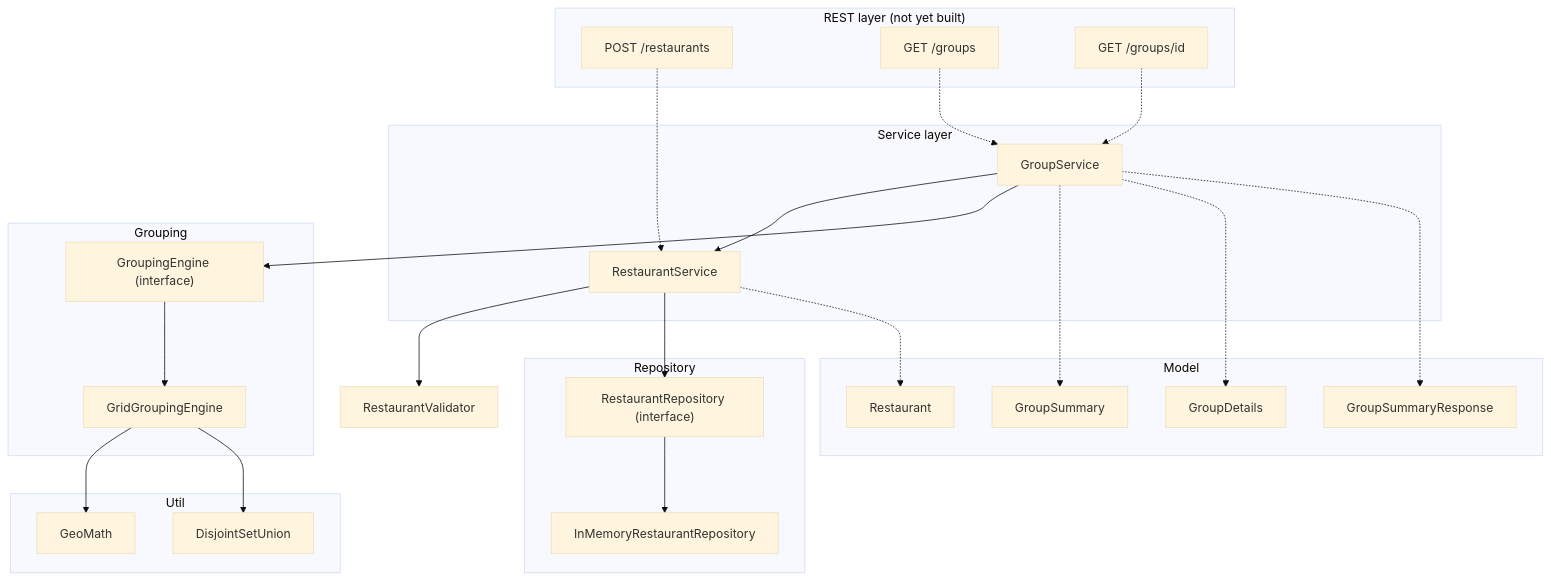
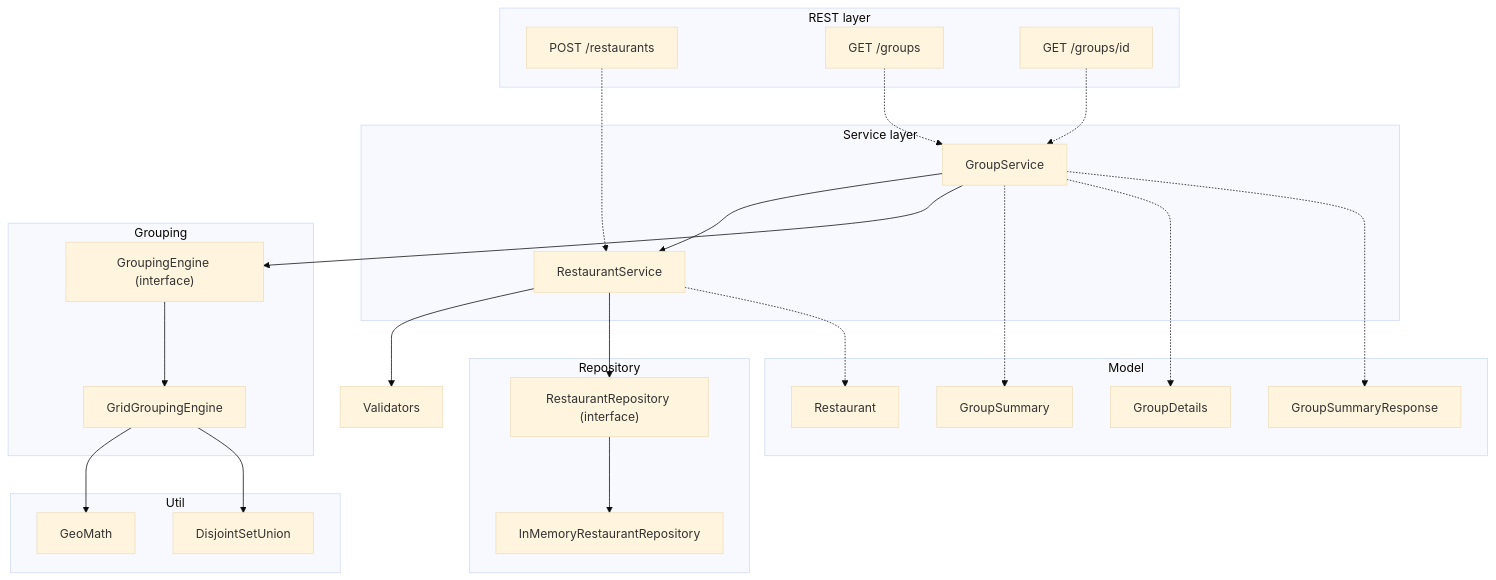
One commit to malavikanair20/delivery-zone-consolidator-svc changed the diagram in README.md. Above: the diagram before and after it, drawn with Mermaid (base theme).

Commit message:
Add link to slide

````diff
--- a/README.md
+++ b/README.md
@@ -12,56 +12,56 @@
 ```mermaid
 graph TD
-    subgraph API["REST layer (not yet built)"]
+    subgraph API["REST layer"]
         A1[POST /restaurants]
         A2[GET /groups]
         A3[GET /groups/id]
     end
 
     subgraph Service["Service layer"]
         RS[RestaurantService]
         GS[GroupService]
     end
 
-    RV[RestaurantValidator]
+    RV[Validators]
 
     subgraph Repository
         RR["RestaurantRepository (interface)"]
         IMR[InMemoryRestaurantRepository]
     end
 
     subgraph Grouping
         GE["GroupingEngine (interface)"]
         GGE[GridGroupingEngine]
     end
 
     subgraph Util
         GM[GeoMath]
         DSU[DisjointSetUnion]
     end
 
     subgraph Model
         Rest[Restaurant]
         GSum[GroupSummary]
         GDet[GroupDetails]
         GResp[GroupSummaryResponse]
     end
 
     A1 -.-> RS
     A2 -.-> GS
     A3 -.-> GS
 
     RS --> RV
     RS --> RR
     RR --> IMR
 
     GS --> RS
     GS --> GE
     GE --> GGE
     GGE --> GM
     GGE --> DSU
 
     RS -.-> Rest
     GS -.-> GSum
     GS -.-> GDet
     GS -.-> GResp
 ```
````
